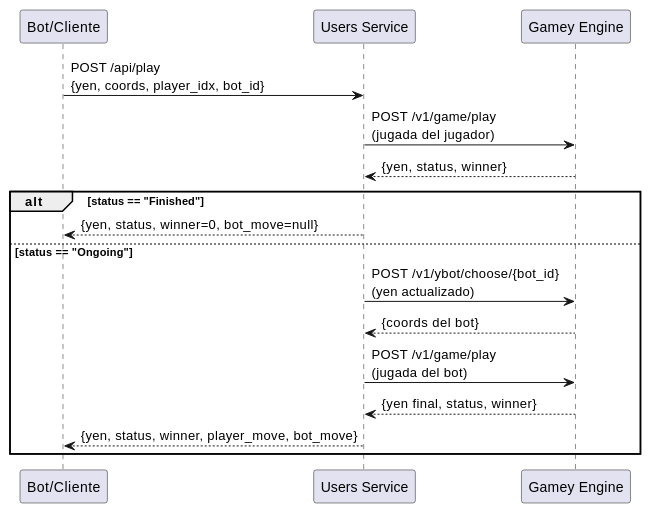
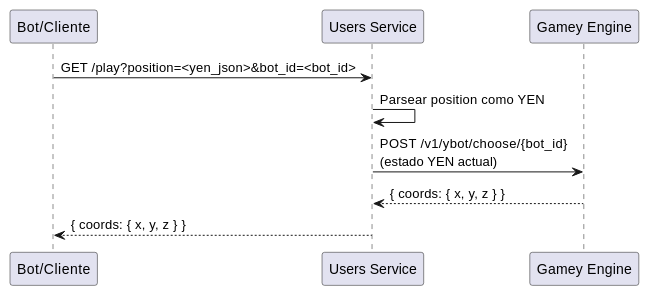
One commit to Arquisoft/yovi_es4c changed the third of 3 diagrams in docs/src/05_building_block_view.adoc. Above: the diagram before and after it, drawn with PlantUML. The commit also changed other lines of this file and 10 other files, not shown here.

```diff
--- a/docs/src/05_building_block_view.adoc
+++ b/docs/src/05_building_block_view.adoc
@@ -243,21 +243,14 @@
-[plantuml, api-play-flow, png]
+[plantuml, get-play-flow, png]
 ----
 @startuml
 participant "Bot/Cliente" as C
 participant "Users Service" as US
 participant "Gamey Engine" as GE
 
-C -> US: POST /api/play\n{yen, coords, player_idx, bot_id}
-US -> GE: POST /v1/game/play\n(jugada del jugador)
-GE --> US: {yen, status, winner}
-alt status == "Finished"
-  US --> C: {yen, status, winner=0, bot_move=null}
-else status == "Ongoing"
-  US -> GE: POST /v1/ybot/choose/{bot_id}\n(yen actualizado)
-  GE --> US: {coords del bot}
-  US -> GE: POST /v1/game/play\n(jugada del bot)
-  GE --> US: {yen final, status, winner}
-  US --> C: {yen, status, winner, player_move, bot_move}
-end
+C -> US: GET /play?position=<yen_json>&bot_id=<bot_id>
+US -> US: Parsear position como YEN
+US -> GE: POST /v1/ybot/choose/{bot_id}\n(estado YEN actual)
+GE --> US: { coords: { x, y, z } }
+US --> C: { coords: { x, y, z } }
 @enduml
 ----
```
